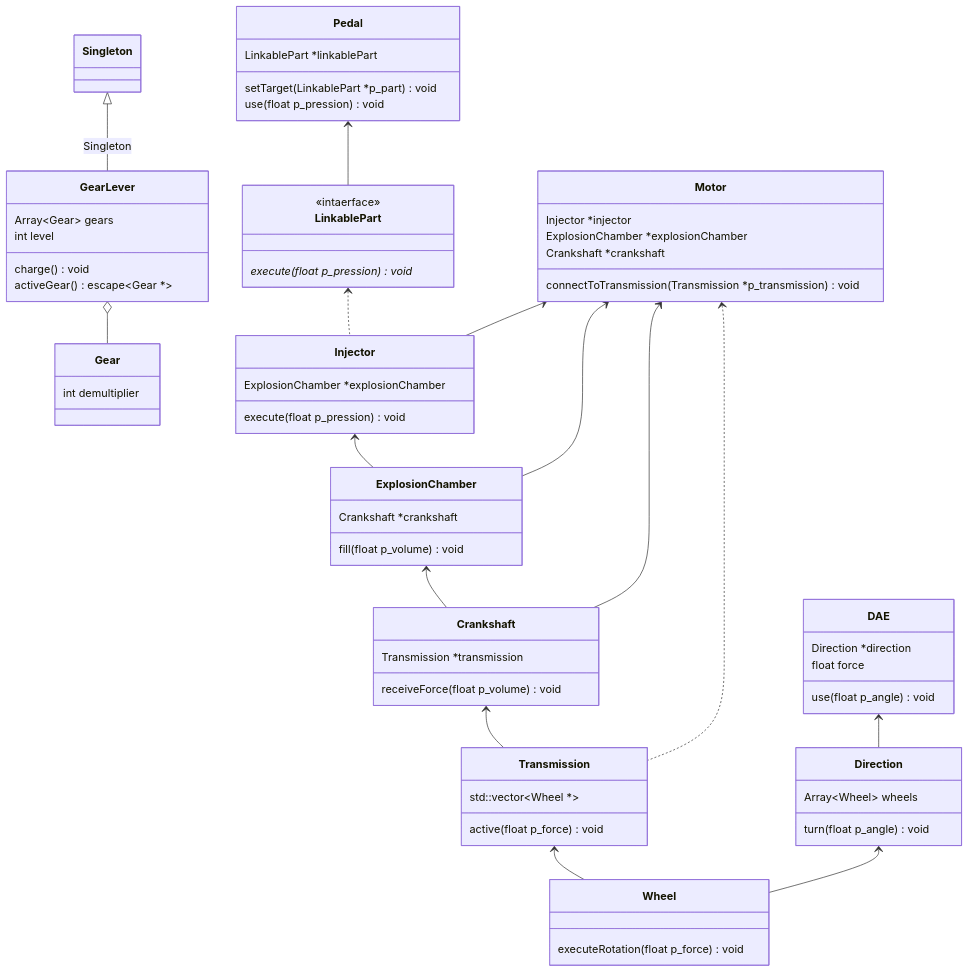
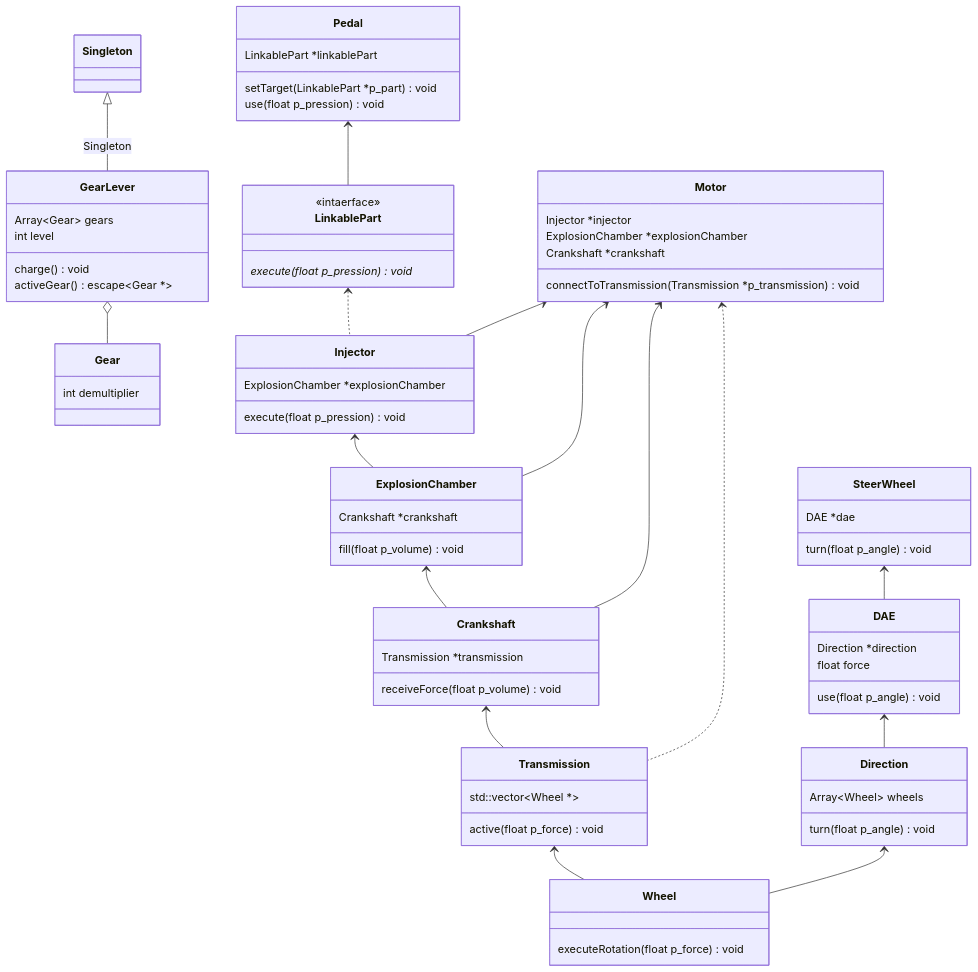
The diagram in subject.md (PalmNeko/piscine-object02-UML), drawn with Mermaid before and after one commit.

Commit message:
add: SteerWheel

````diff
--- a/subject.md
+++ b/subject.md
@@ -24,6 +24,8 @@
     Direction <-- Wheel
 
     DAE <-- Direction
+
+    SteerWheel <-- DAE
 
     class LinkablePart {
         <<intaerface>>
@@ -93,4 +95,8 @@
         use(float p_angle) void
     }
 
+    class SteerWheel {
+        DAE *dae
+        turn(float p_angle) void
+    }
 ```
````
